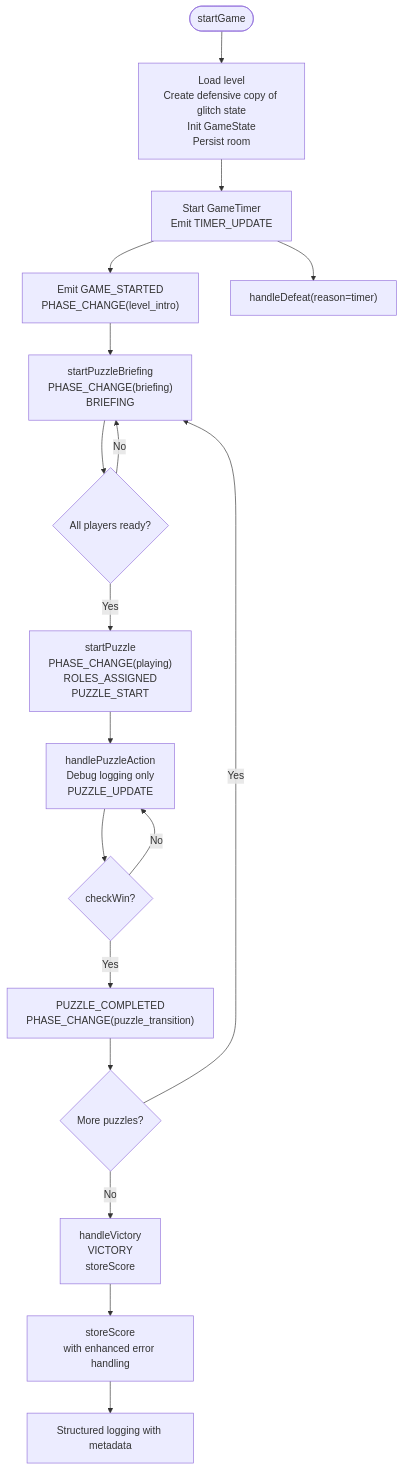
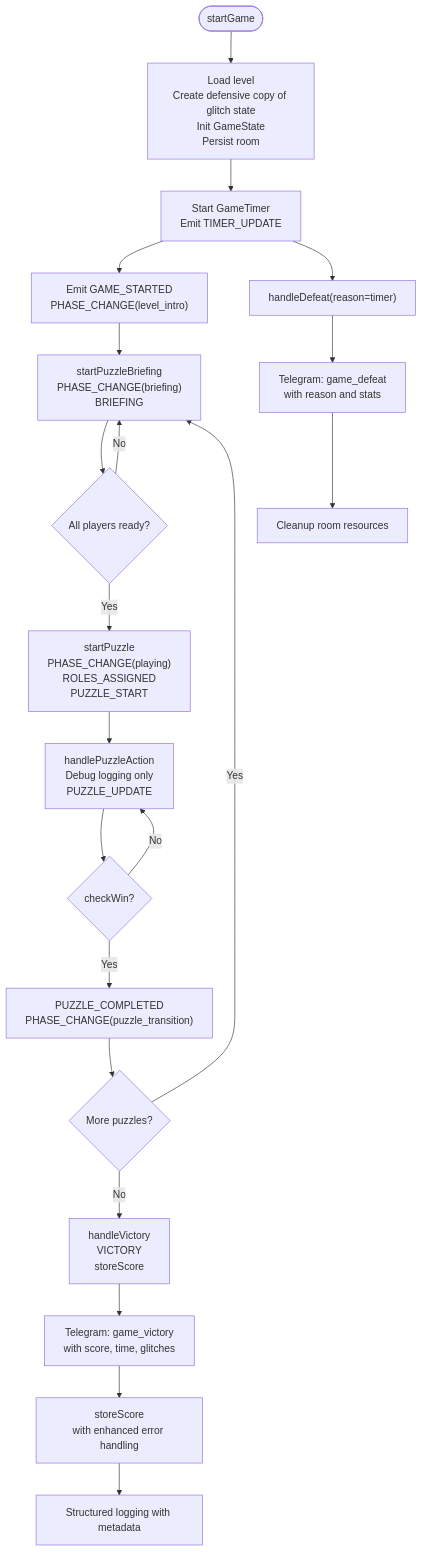
The third of 5 diagrams in .qoder/repowiki/en/content/Game Engine.md (dkoukoul/escape-room-mvp), drawn with Mermaid before and after one commit. The commit also changed other lines of this file and 3 other files, not shown here.

````diff
--- a/.qoder/repowiki/en/content/Game Engine.md
+++ b/.qoder/repowiki/en/content/Game Engine.md
@@ -261,20 +271,23 @@
 ```mermaid
 flowchart TD
 Start(["startGame"]) --> Init["Load level<br/>Create defensive copy of glitch state<br/>Init GameState<br/>Persist room"]
 Init --> Timer["Start GameTimer<br/>Emit TIMER_UPDATE"]
 Timer --> Intro["Emit GAME_STARTED<br/>PHASE_CHANGE(level_intro)"]
 Intro --> Briefing["startPuzzleBriefing<br/>PHASE_CHANGE(briefing)<br/>BRIEFING"]
 Briefing --> Ready{"All players ready?"}
 Ready -- No --> Briefing
 Ready -- Yes --> Playing["startPuzzle<br/>PHASE_CHANGE(playing)<br/>ROLES_ASSIGNED<br/>PUZZLE_START"]
 Playing --> Action["handlePuzzleAction<br/>Debug logging only<br/>PUZZLE_UPDATE"]
 Action --> Win{"checkWin?"}
 Win -- No --> Action
 Win -- Yes --> Completed["PUZZLE_COMPLETED<br/>PHASE_CHANGE(puzzle_transition)"]
 Completed --> Next{"More puzzles?"}
 Next -- Yes --> Briefing
 Next -- No --> Victory["handleVictory<br/>VICTORY<br/>storeScore"]
 Timer --> Expire["handleDefeat(reason=timer)"]
-Victory --> Store["storeScore<br/>with enhanced error handling"]
+Victory --> TelegramVictory["Telegram: game_victory<br/>with score, time, glitches"]
+TelegramVictory --> Store["storeScore<br/>with enhanced error handling"]
 Store --> Log["Structured logging with metadata"]
+Expire --> TelegramDefeat["Telegram: game_defeat<br/>with reason and stats"]
+TelegramDefeat --> Cleanup["Cleanup room resources"]
 ```
````
